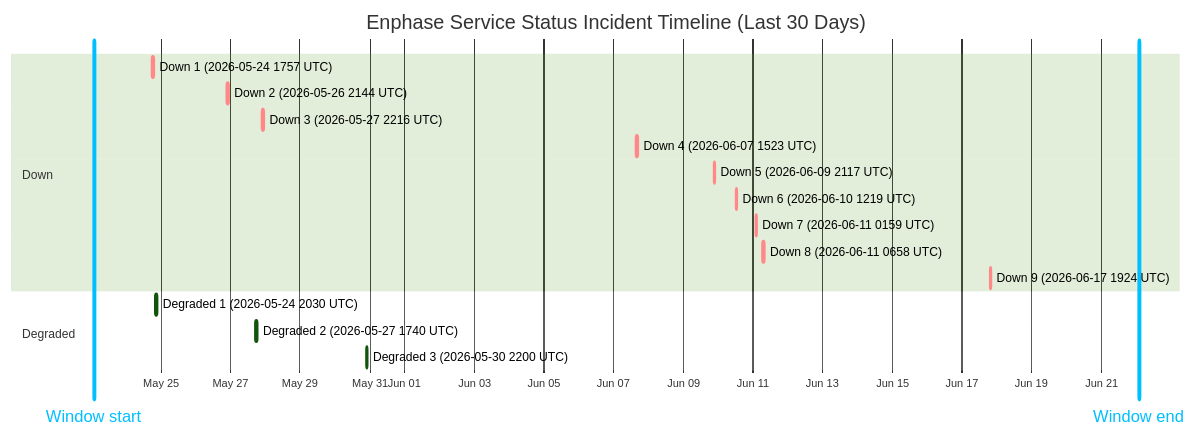
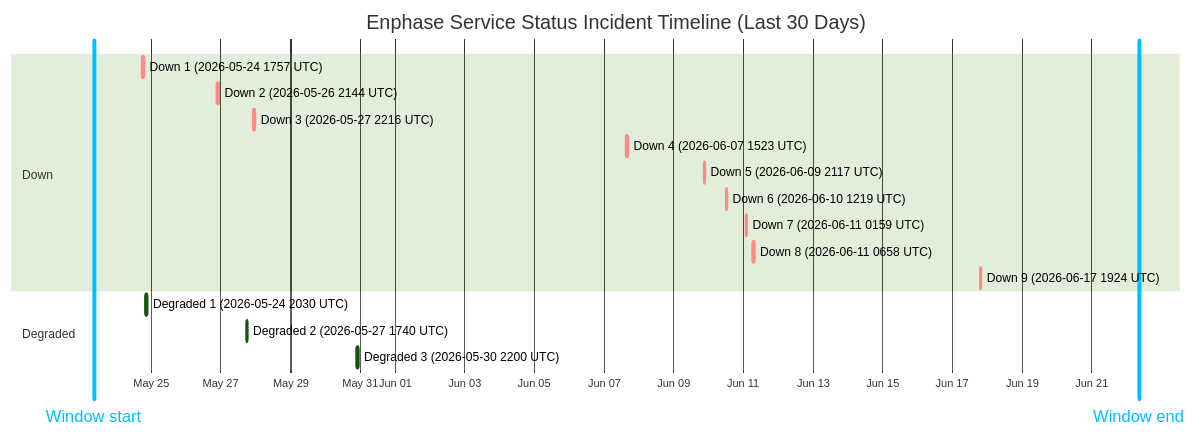
Before and after one commit to barneyonline/ha-enphase-energy: the diagram in wiki/Service-Status-History.md, drawn with Mermaid (forest theme). The commit also changed other lines of this file and 3 other files, not shown here.

````diff
--- a/wiki/Service-Status-History.md
+++ b/wiki/Service-Status-History.md
@@ -14,22 +14,22 @@
 ```mermaid
 gantt
     title Enphase Service Status Incident Timeline (Last 30 Days)
     dateFormat  YYYY-MM-DDTHH:mm:ss
     axisFormat  %b %d
-    Window start :vert, window-start, 2026-05-23T02:01:22, 0ms
-    Window end :vert, window-end, 2026-06-22T02:01:22, 0ms
+    Window start :vert, window-start, 2026-05-23T08:37:26, 0ms
+    Window end :vert, window-end, 2026-06-22T08:37:26, 0ms
     section Down
     Down 1 (2026-05-24 1757 UTC) :crit, down-1, 2026-05-24T17:57:41, 86m
     Down 2 (2026-05-26 2144 UTC) :crit, down-2, 2026-05-26T21:44:11, 85m
     Down 3 (2026-05-27 2216 UTC) :crit, down-3, 2026-05-27T22:16:53, 87m
     Down 4 (2026-06-07 1523 UTC) :crit, down-4, 2026-06-07T15:23:22, 87m
     Down 5 (2026-06-09 2117 UTC) :crit, down-5, 2026-06-09T21:17:17, 60m
     Down 6 (2026-06-10 1219 UTC) :crit, down-6, 2026-06-10T12:19:21, 60m
     Down 7 (2026-06-11 0159 UTC) :crit, down-7, 2026-06-11T01:59:36, 60m
     Down 8 (2026-06-11 0658 UTC) :crit, down-8, 2026-06-11T06:58:45, 60m
     Down 9 (2026-06-17 1924 UTC) :crit, down-9, 2026-06-17T19:24:51, 60m
     section Degraded
     Degraded 1 (2026-05-24 2030 UTC) :active, degraded-1, 2026-05-24T20:30:57, 84m
     Degraded 2 (2026-05-27 1740 UTC) :active, degraded-2, 2026-05-27T17:40:52, 60m
     Degraded 3 (2026-05-30 2200 UTC) :active, degraded-3, 2026-05-30T22:00:37, 60m
 ```
````
